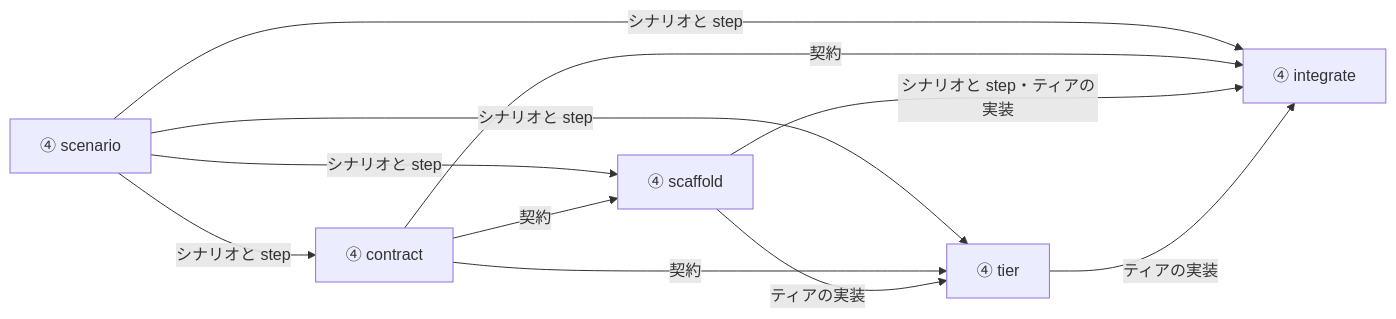
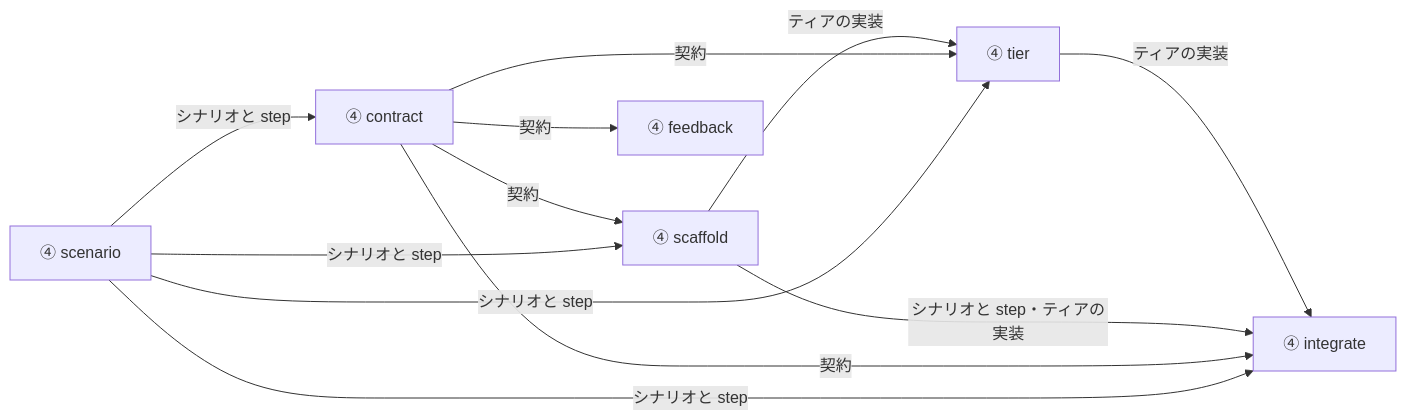
Before and after one commit to suwa-sh/suwa-sh-claude-plugins: the second of 43 diagrams in plugins/distillery2/skills/d2-common/references/dataflow.md, drawn with Mermaid. The commit also changed other lines of this file and 17 other files, not shown here.

````diff
--- a/plugins/distillery2/skills/d2-common/references/dataflow.md
+++ b/plugins/distillery2/skills/d2-common/references/dataflow.md
@@ -55,18 +55,20 @@
 ```mermaid
 flowchart LR
   st_scenario["④ scenario"]
   st_contract["④ contract"]
   st_scaffold["④ scaffold"]
   st_tier["④ tier"]
   st_integrate["④ integrate"]
+  st_feedback["④ feedback"]
   st_scenario -->|"シナリオと step"| st_contract
   st_scenario -->|"シナリオと step"| st_scaffold
   st_scenario -->|"シナリオと step"| st_tier
   st_scenario -->|"シナリオと step"| st_integrate
   st_contract -->|"契約"| st_scaffold
   st_contract -->|"契約"| st_tier
   st_contract -->|"契約"| st_integrate
+  st_contract -->|"契約"| st_feedback
   st_scaffold -->|"ティアの実装"| st_tier
   st_scaffold -->|"シナリオと step・ティアの実装"| st_integrate
   st_tier -->|"ティアの実装"| st_integrate
 ```
````
